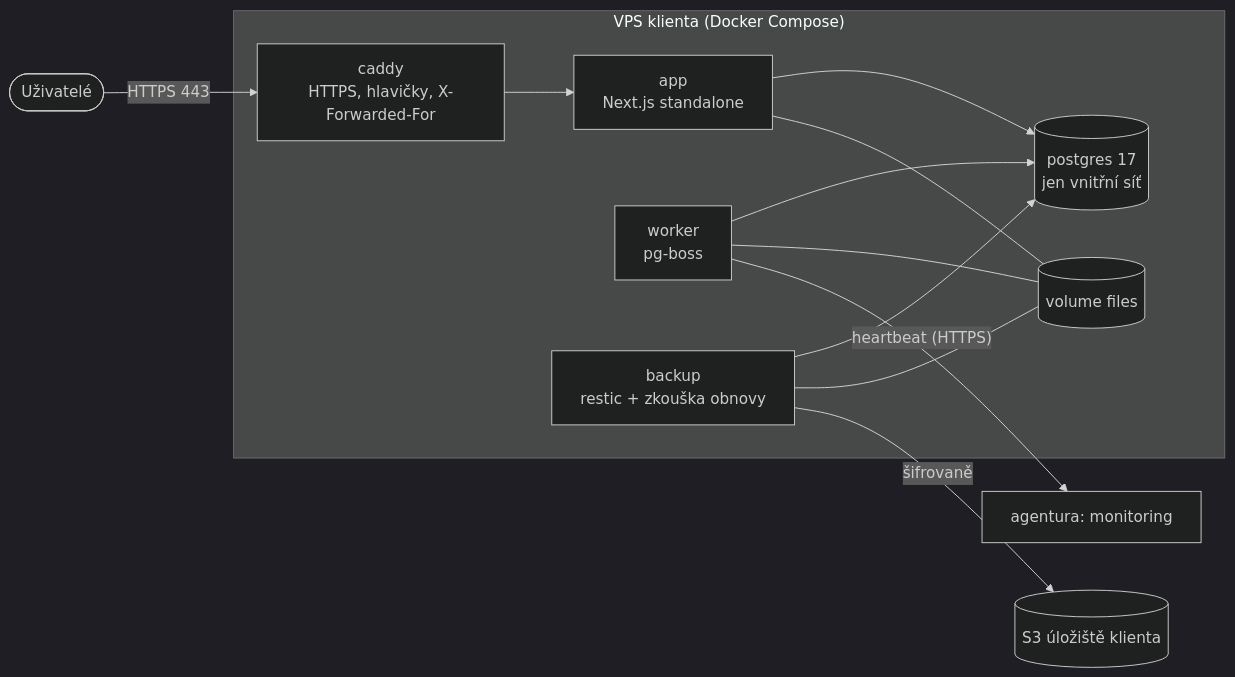
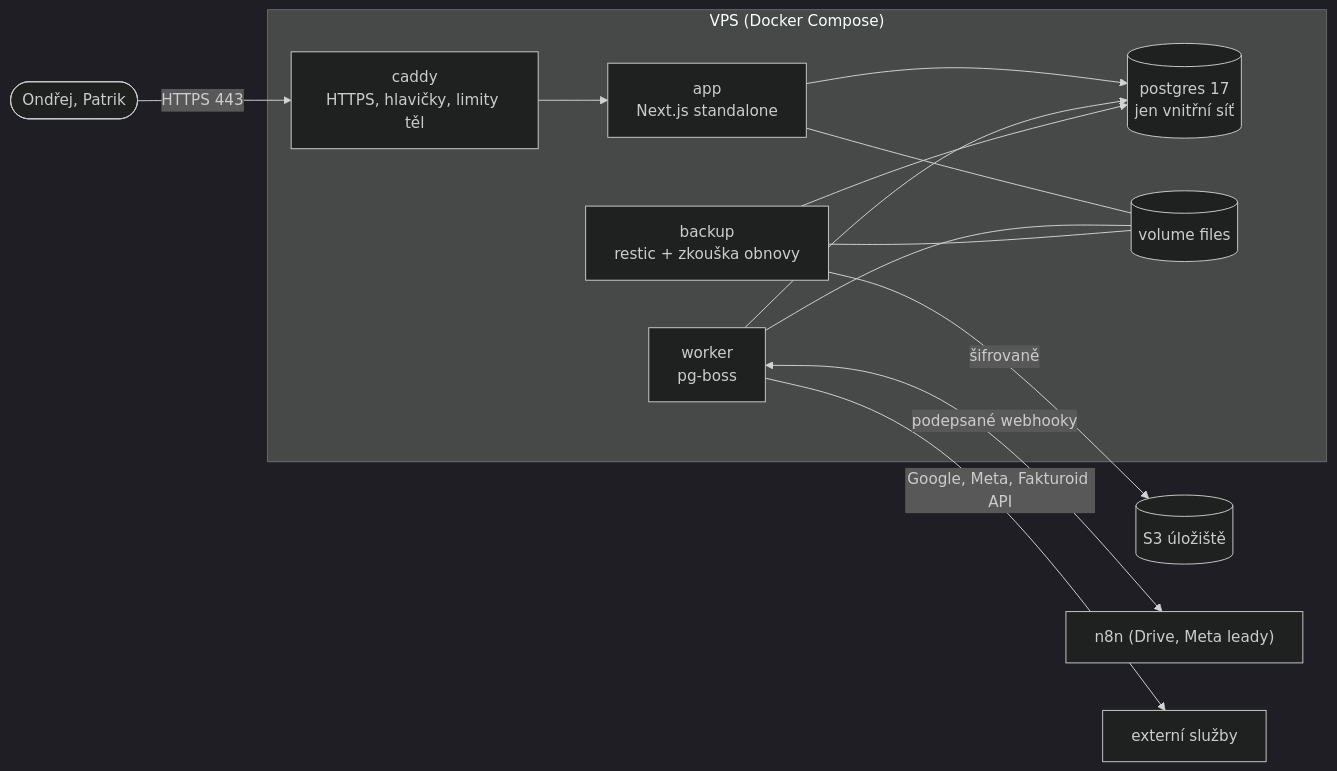
The third of 3 diagrams in docs/ARCHITECTURE.md (ondrejis/interni-system-opdigital), drawn with Mermaid (dark theme) before and after one commit. The commit also changed other lines of this file and 551 other files, not shown here.

````diff
--- a/docs/ARCHITECTURE.md
+++ b/docs/ARCHITECTURE.md
@@ -201,21 +175,22 @@
 ```mermaid
 flowchart LR
-  user(["Uživatelé"]) -->|"HTTPS 443"| caddy
-  subgraph vps["VPS klienta (Docker Compose)"]
-    caddy["caddy<br/>HTTPS, hlavičky, X-Forwarded-For"]
+  user(["Ondřej, Patrik"]) -->|"HTTPS 443"| caddy
+  subgraph vps["VPS (Docker Compose)"]
+    caddy["caddy<br/>HTTPS, hlavičky, limity těl"]
     app["app<br/>Next.js standalone"]
     worker["worker<br/>pg-boss"]
     pg[("postgres 17<br/>jen vnitřní síť")]
     backup["backup<br/>restic + zkouška obnovy"]
     files[("volume files")]
     caddy --> app
     app --> pg
     worker --> pg
     app --- files
     worker --- files
     backup --> pg
     backup --- files
   end
-  backup -->|"šifrovaně"| s3[("S3 úložiště klienta")]
-  worker -->|"heartbeat (HTTPS)"| hb["agentura: monitoring"]
+  backup -->|"šifrovaně"| s3[("S3 úložiště")]
+  worker <-->|"podepsané webhooky"| n8n["n8n (Drive, Meta leady)"]
+  worker -->|"Google, Meta, Fakturoid API"| ext["externí služby"]
 ```
````
